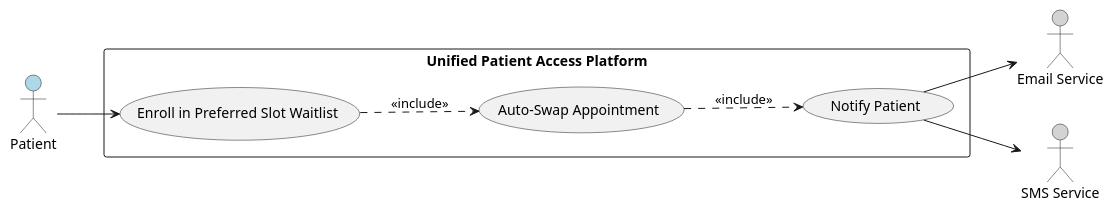
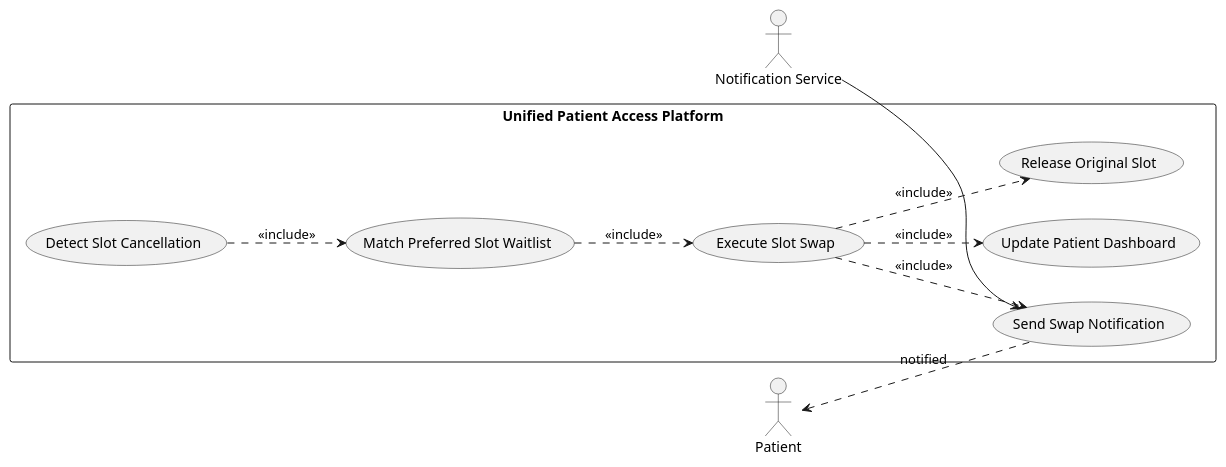
The fourth of 12 diagrams in .propel/context/docs/spec.md (divya-bharathi-24/Propel-IQ-Patient-Platform), drawn with PlantUML before and after one commit. The commit also changed other lines of this file and 60 other files, not shown here.

````diff
--- a/.propel/context/docs/spec.md
+++ b/.propel/context/docs/spec.md
@@ -296,22 +410,26 @@
 ```plantuml
-@startuml
+@startuml UC-004-Slot-Swap
 left to right direction
 skinparam packageStyle rectangle
 
-actor Patient #LightBlue
-actor "Email Service" as Email #LightGray
-actor "SMS Service" as SMS #LightGray
+actor "Notification Service" as NS
+actor Patient
 
 rectangle "Unified Patient Access Platform" {
-  usecase "Enroll in Preferred Slot Waitlist" as UC4
-  usecase "Auto-Swap Appointment" as UC4a
-  usecase "Notify Patient" as UC4b
+  usecase "Detect Slot Cancellation" as UC004_DETECT
+  usecase "Match Preferred Slot Waitlist" as UC004_MATCH
+  usecase "Execute Slot Swap" as UC004_SWAP
+  usecase "Release Original Slot" as UC004_RELEASE
+  usecase "Send Swap Notification" as UC004_NOTIFY
+  usecase "Update Patient Dashboard" as UC004_DASH
 }
 
-Patient --> UC4
-UC4 ..> UC4a : <<include>>
-UC4a ..> UC4b : <<include>>
-UC4b --> Email
-UC4b --> SMS
+NS --> UC004_NOTIFY
+UC004_DETECT ..> UC004_MATCH : <<include>>
+UC004_MATCH ..> UC004_SWAP : <<include>>
+UC004_SWAP ..> UC004_RELEASE : <<include>>
+UC004_SWAP ..> UC004_NOTIFY : <<include>>
+UC004_SWAP ..> UC004_DASH : <<include>>
+Patient <.. UC004_NOTIFY : notified
 @enduml
 ```
````
